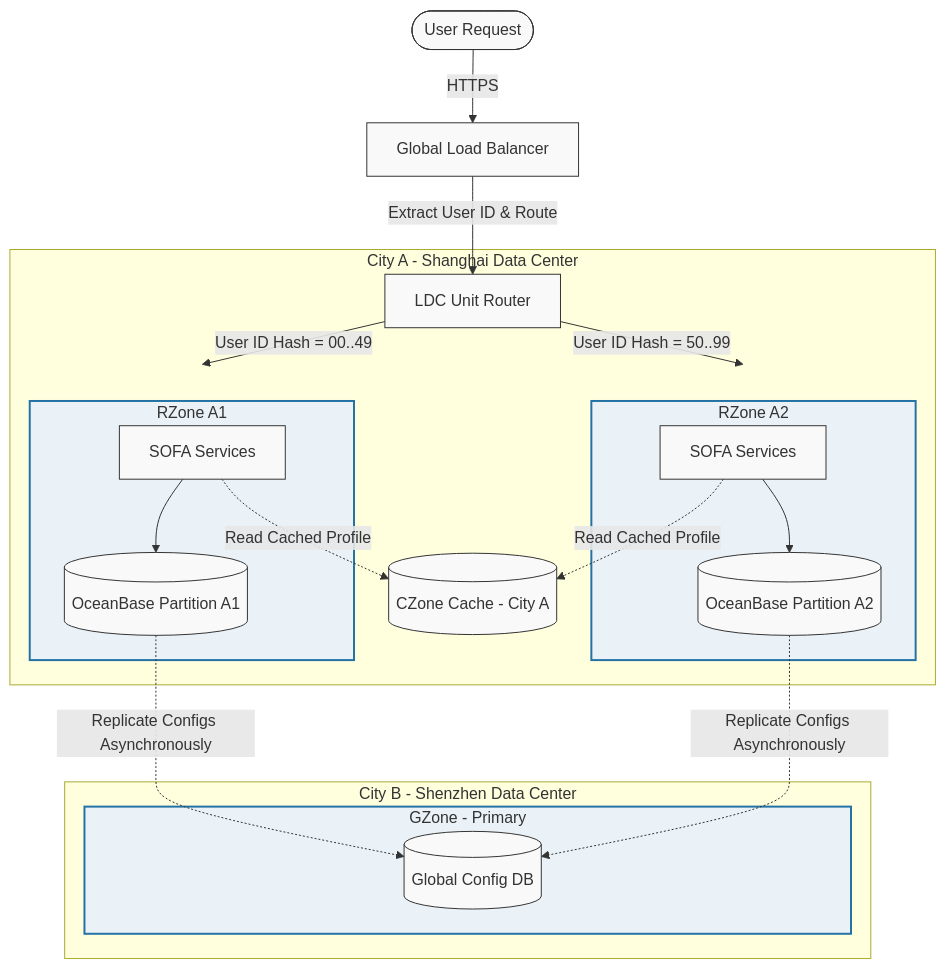
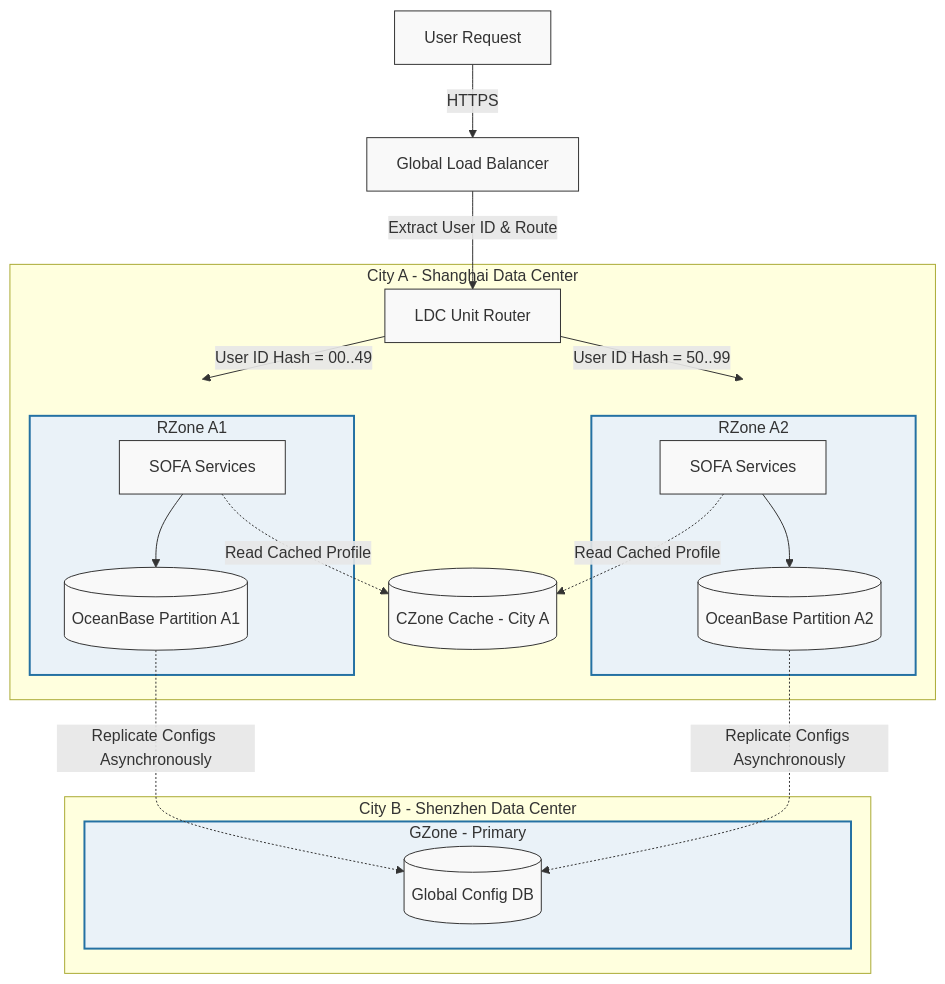
Before and after one commit to vesviet/vesviet: the diagram in content/series/alipay-double-11/phase-2-architecture.md, drawn with Mermaid. The commit also changed other lines of this file and 280 other files, not shown here.

````diff
--- a/content/series/alipay-double-11/phase-2-architecture.md
+++ b/content/series/alipay-double-11/phase-2-architecture.md
@@ -50,35 +52,35 @@
 ```mermaid
 graph TD
-    User([User Request]) -->|HTTPS| GLB[Global Load Balancer]
+    User["User Request"] -->|HTTPS| GLB[Global Load Balancer]
     GLB -->|Extract User ID & Route| Router[LDC Unit Router]
     
     subgraph CityA [City A - Shanghai Data Center]
         Router -->|User ID Hash = 00..49| RZoneA1[RZone Unit A1]
         Router -->|User ID Hash = 50..99| RZoneA2[RZone Unit A2]
         
         subgraph RZoneA1 [RZone A1]
-            AppA1[SOFA Services] --> DBA1[(OceanBase Partition A1)]
+            AppA1[SOFA Services] --> DBA1[("OceanBase Partition A1")]
         end
         
         subgraph RZoneA2 [RZone A2]
-            AppA2[SOFA Services] --> DBA2[(OceanBase Partition A2)]
+            AppA2[SOFA Services] --> DBA2[("OceanBase Partition A2")]
         end
         
-        CZoneA[(CZone Cache - City A)]
+        CZoneA[("CZone Cache - City A")]
         AppA1 -.->|Read Cached Profile| CZoneA
         AppA2 -.->|Read Cached Profile| CZoneA
     end
 
     subgraph CityB [City B - Shenzhen Data Center]
         subgraph GZone [GZone - Primary]
-            GlobalDB[(Global Config DB)]
+            GlobalDB[("Global Config DB")]
         end
     end
 
     DBA1 -.->|Replicate Configs Asynchronously| GlobalDB
     DBA2 -.->|Replicate Configs Asynchronously| GlobalDB
 
     classDef default fill:#f9f9f9,stroke:#333,stroke-width:1px;
     classDef cell fill:#eaf2f8,stroke:#2471a3,stroke-width:2px;
     class RZoneA1,RZoneA2,GZone cell;
 ```
````
